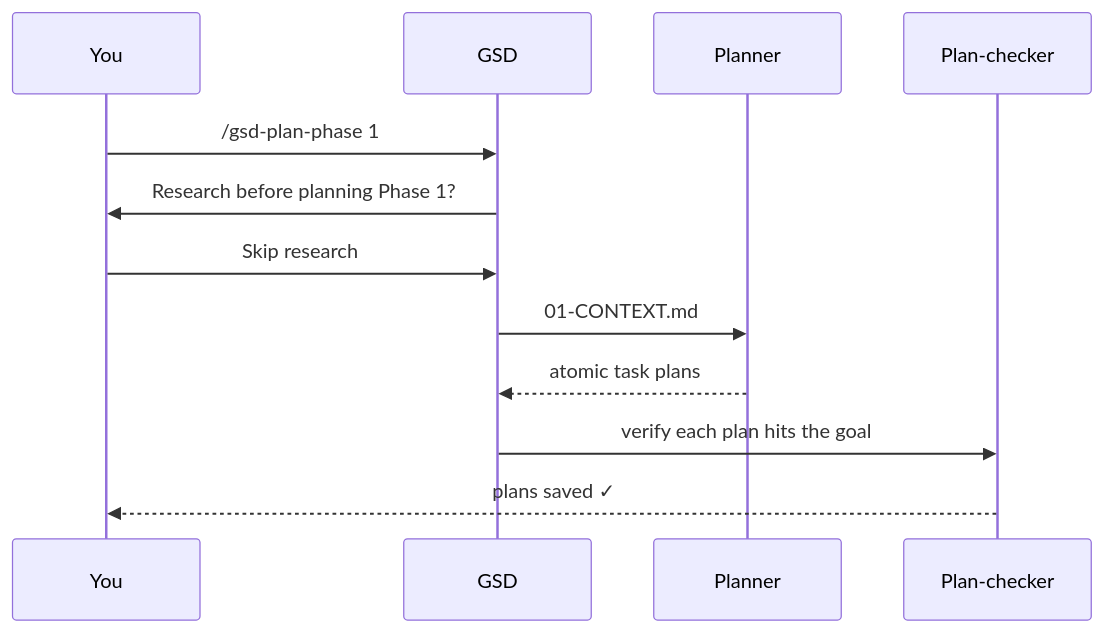
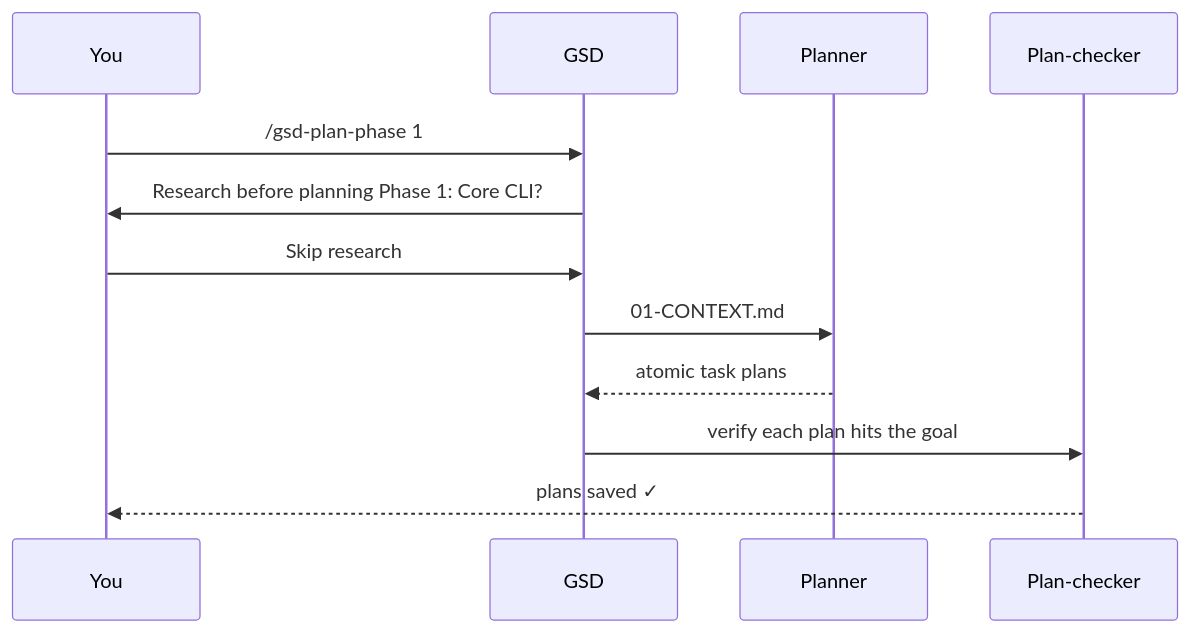
One commit to GSD-redux/get-shit-done-redux changed the fifth of 6 diagrams in docs/tutorials/your-first-project.md. Above: the diagram before and after it, drawn with Mermaid. The commit also changed other lines of this file, not shown here.

Commit message:
docs(#2534): match tutorial research prompts to workflow

````diff
--- a/docs/tutorials/your-first-project.md
+++ b/docs/tutorials/your-first-project.md
@@ -318,14 +318,14 @@
 ```mermaid
 sequenceDiagram
     participant You
     participant GSD
     participant PL as Planner
     participant PC as Plan-checker
     You->>GSD: /gsd-plan-phase 1
-    GSD->>You: Research before planning Phase 1?
+    GSD->>You: Research before planning Phase 1: Core CLI?
     You->>GSD: Skip research
     GSD->>PL: 01-CONTEXT.md
     PL-->>GSD: atomic task plans
     GSD->>PC: verify each plan hits the goal
     PC-->>You: plans saved ✓
 ```
````
